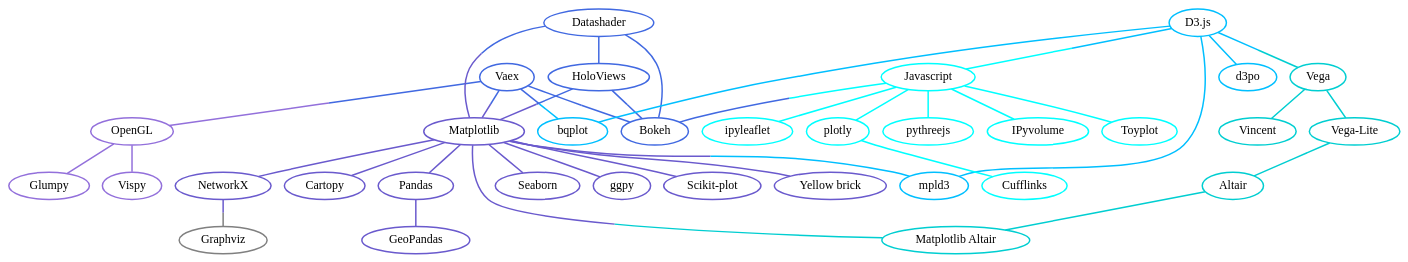
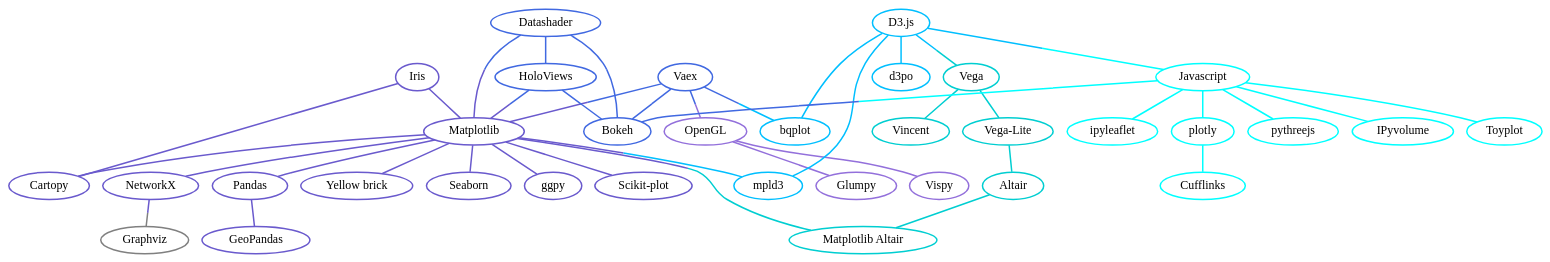
One commit to veit/jupyter-tutorial changed the diagram in docs/viz/index.rst. Above: the diagram before and after it, drawn with Graphviz. The commit also changed 1 other file, not shown here.

Commit message:
Add iris to viz docs

```diff
--- a/docs/viz/index.rst
+++ b/docs/viz/index.rst
@@ -93,6 +93,12 @@
             color="slateblue",
             target="_top",
             href="../viz/matplotlib/cartopy.html"]
+        iris [
+            label="Iris",
+            tooltip="Visualisierung auf Basis der\nClimate and Forecast (CF) Conventions",
+            color="slateblue",
+            target="_top",
+            href="../viz/matplotlib/iris.html"]
         mpl -- pandas [color="slateblue"]
         pandas  -- geopandas [color="slateblue"]
         mpl -- seaborn [color="slateblue"]
@@ -102,6 +108,8 @@
         networkx -- graphviz [color="slateblue;0.5:gray"]
         mpl -- networkx [color="slateblue"]
         mpl -- cartopy [color="slateblue"]
+        iris -- mpl [color="slateblue"]
+        iris -- cartopy [color="slateblue"]
         mpl -- mpld3 [color="slateblue;0.5:deepskyblue"]
         mpl -- mpl_altair [color="slateblue;0.5:darkturquoise"]
 
```
